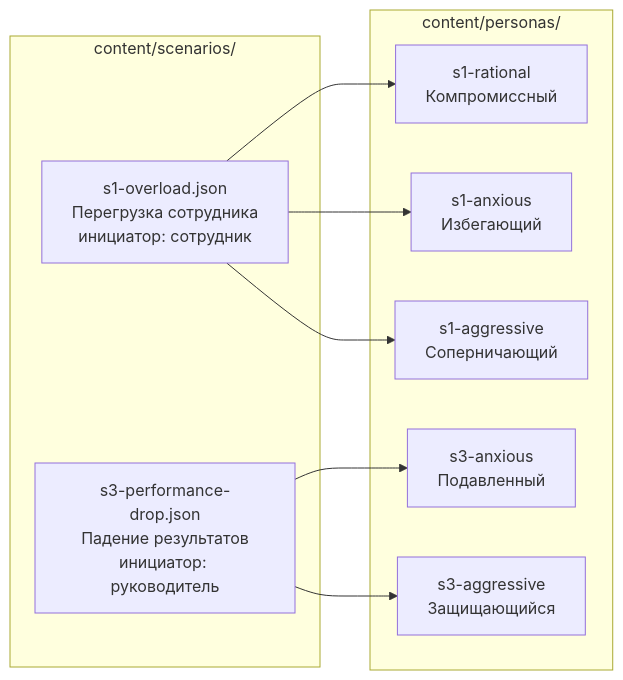
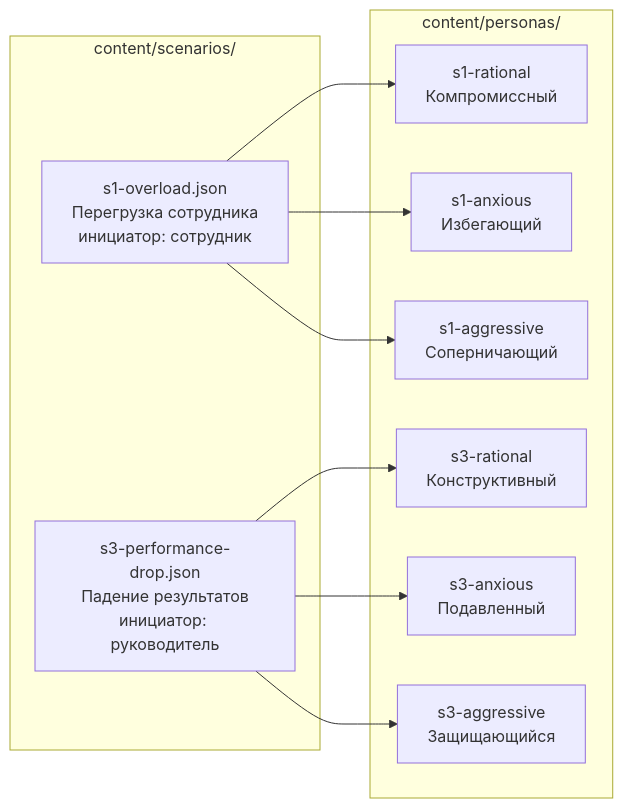
The first of 3 diagrams in docs-site/architecture/scenarios.md (dontdoitno/lct-negotiation), drawn with Mermaid before and after one commit. The commit also changed other lines of this file and 103 other files, not shown here.

````diff
--- a/docs-site/architecture/scenarios.md
+++ b/docs-site/architecture/scenarios.md
@@ -23,21 +23,23 @@
 ```mermaid
 flowchart LR
     subgraph SC["content/scenarios/"]
         S1["s1-overload.json<br/>Перегрузка сотрудника<br/>инициатор: сотрудник"]
         S3["s3-performance-drop.json<br/>Падение результатов<br/>инициатор: руководитель"]
     end
 
     subgraph PE["content/personas/"]
         P1["s1-rational<br/>Компромиссный"]
         P2["s1-anxious<br/>Избегающий"]
         P3["s1-aggressive<br/>Соперничающий"]
-        P4["s3-anxious<br/>Подавленный"]
-        P5["s3-aggressive<br/>Защищающийся"]
+        P4["s3-rational<br/>Конструктивный"]
+        P5["s3-anxious<br/>Подавленный"]
+        P6["s3-aggressive<br/>Защищающийся"]
     end
 
     S1 --> P1
     S1 --> P2
     S1 --> P3
     S3 --> P4
     S3 --> P5
+    S3 --> P6
 ```
````
